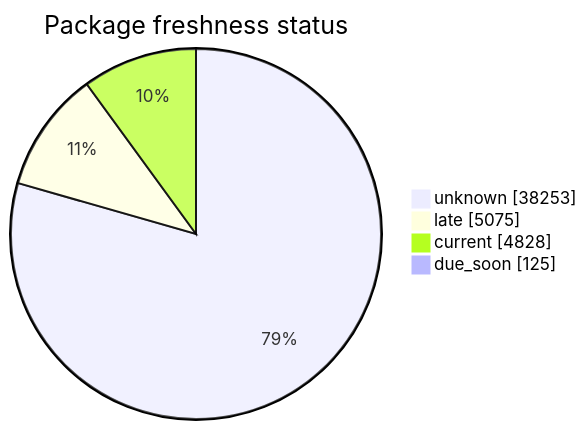
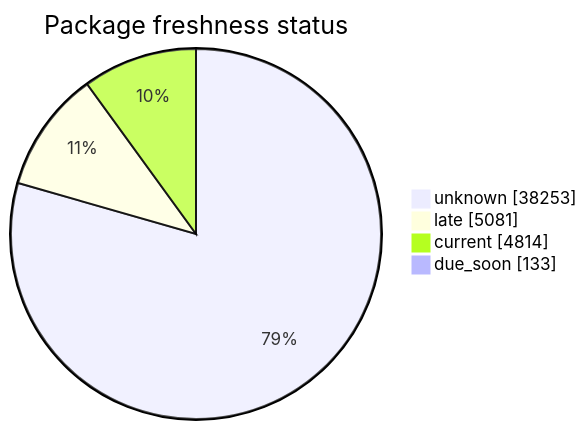
One commit to open-data/analytics-corporate-reporting changed the second of 5 diagrams in FreshCheck/README.md. Above: the diagram before and after it, drawn with Mermaid. The commit also changed other lines of this file and 3 other files, not shown here.

````diff
--- a/FreshCheck/README.md
+++ b/FreshCheck/README.md
@@ -68,7 +68,7 @@
 ```mermaid
 pie showData title Package freshness status
     "unknown": 38253
-    "late": 5075
-    "current": 4828
-    "due_soon": 125
+    "late": 5081
+    "current": 4814
+    "due_soon": 133
 ```
````
